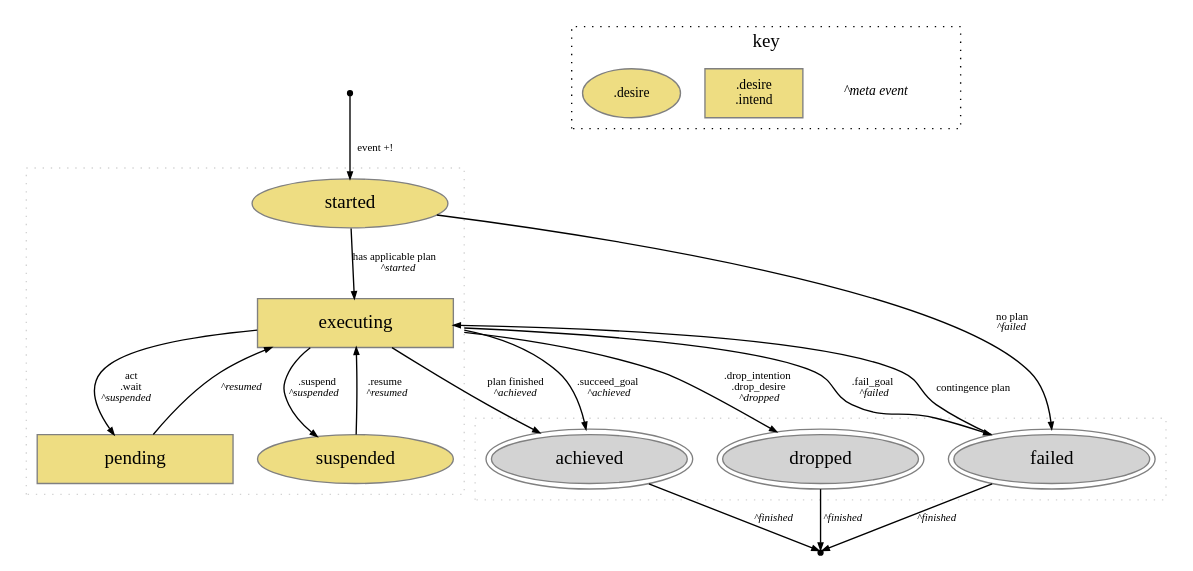
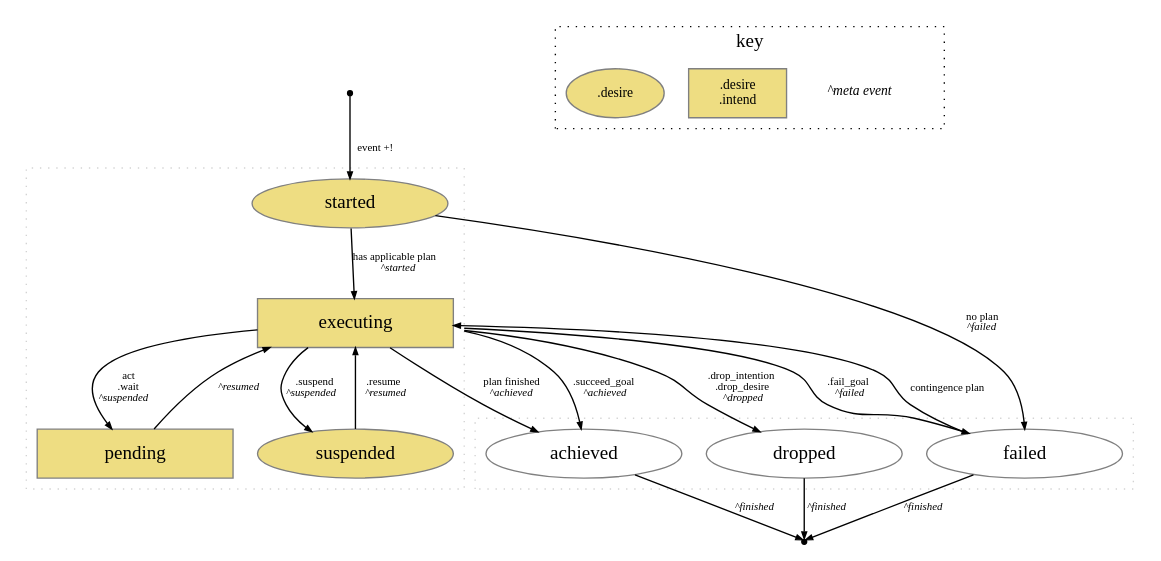
Before and after one commit to jason-lang/jason: the diagram in doc/tech/goal-states.gv, drawn with Graphviz. The commit also changed 11 other files, not shown here.

```diff
--- a/doc/tech/goal-states.gv
+++ b/doc/tech/goal-states.gv
@@ -1,64 +1,64 @@
 // dot goal-states.gv -Tpdf -o goal-states.pdf
 
 digraph goal_states {
    node [color=gray];
 
    compound=true;
 
    ENTRY[shape=point,color=black,label=""];
    EXIT[shape=point,color=black,label=""];
 
    subgraph cluster1 {
      shape = rectangle; style=dotted; color=lightgrey;
      node [shape=oval,style=filled,color=gray, fillcolor="lightgoldenrod", fixedsize=shape,width=2];
      C [label="started"];
 
      S [label="suspended"];
 
      node [shape=rectangle,style="filled",fillcolor="lightgoldenrod",fixedsize=shape,width=2];
   	 E [label="executing"];
   	 P [label="pending"];
 
      C->E[label=< has applicable plan<br/><i>^started</i> >,fontsize="8",arrowsize=0.5];
 
      E->S[label=<.suspend<br/><i>^suspended</i>>,fontsize="8",arrowsize=0.5];
      S->E[label=<  .resume<br/>   <i>^resumed</i>>,fontsize="8",arrowsize=0.5];
 
      E->P[label=<act <br/> .wait<br/><i>^suspended</i>>,fontsize="8",arrowsize=0.5];
      P->E[label=<<i>^resumed</i>>,fontsize="8",arrowsize=0.5];
 
    }
 
    subgraph cluster2 {
      //rankdir=TB;
      //label = "finished"; fontcolor=lightgrey;
      shape = rectangle; style=dotted; color=lightgrey;
-     node [shape=oval,fillcolor=lightgrey,color=gray,style=filled,fixedsize=shape,width=2,peripheries=2];
+     node [shape=oval,fillcolor=white,color=gray,style=filled,fixedsize=shape,width=2,peripheries=1];
      A [label="achieved"];
      F [label="failed"];
      D [label="dropped"];
    }
 
 	 ENTRY->C[label=" event +!",fontsize="8",arrowsize=0.5];
 
    C->F[label=<no plan<br/><i>^failed</i>>,fontsize="8",arrowsize=0.5];
 
    E->A[label=<plan finished<br/><i>^achieved</i>>,fontsize="8",arrowsize=0.5];
    E->D[label=<.drop_intention <br/> .drop_desire<br/><i>^dropped</i>>,fontsize="8",arrowsize=0.5,ltail=cluster1];
 
    E -> F [label=<.fail_goal <br/> <i>^failed</i>>,fontsize="8",arrowsize=0.5,ltail=cluster1];
    E -> A [label=<.succeed_goal <br/><i>^achieved</i>>,fontsize="8",arrowsize=0.5,ltail=cluster1];
 
    F -> E [label=<contingence plan>,fontsize="8",arrowsize=0.5];
 
    {A,F,D} -> EXIT [label=<<i>  ^finished</i>>,fontsize="8",arrowsize=0.5];
 
    subgraph cluster0 {
       label = "key";
       rankdir=LR; shape = rectangle; style=dotted;
       key4 [label=< <i>^meta event</i> >, shape=plaintext,fontsize="10",];
       key2 [label=".desire\n.intend",shape=rectangle,style=filled,fontsize="10", fillcolor=lightgoldenrod,fixedsize=shape,width=1];
       key1 [label=".desire",   shape=oval,     style=filled,fontsize="10", fillcolor=lightgoldenrod,fixedsize=shape,width=1];
       //key3 [label="finished", shape=oval,     style=filled,fontsize="10", fillcolor=lightgrey,fixedsize=shape,width=1];
    }
 }
```
